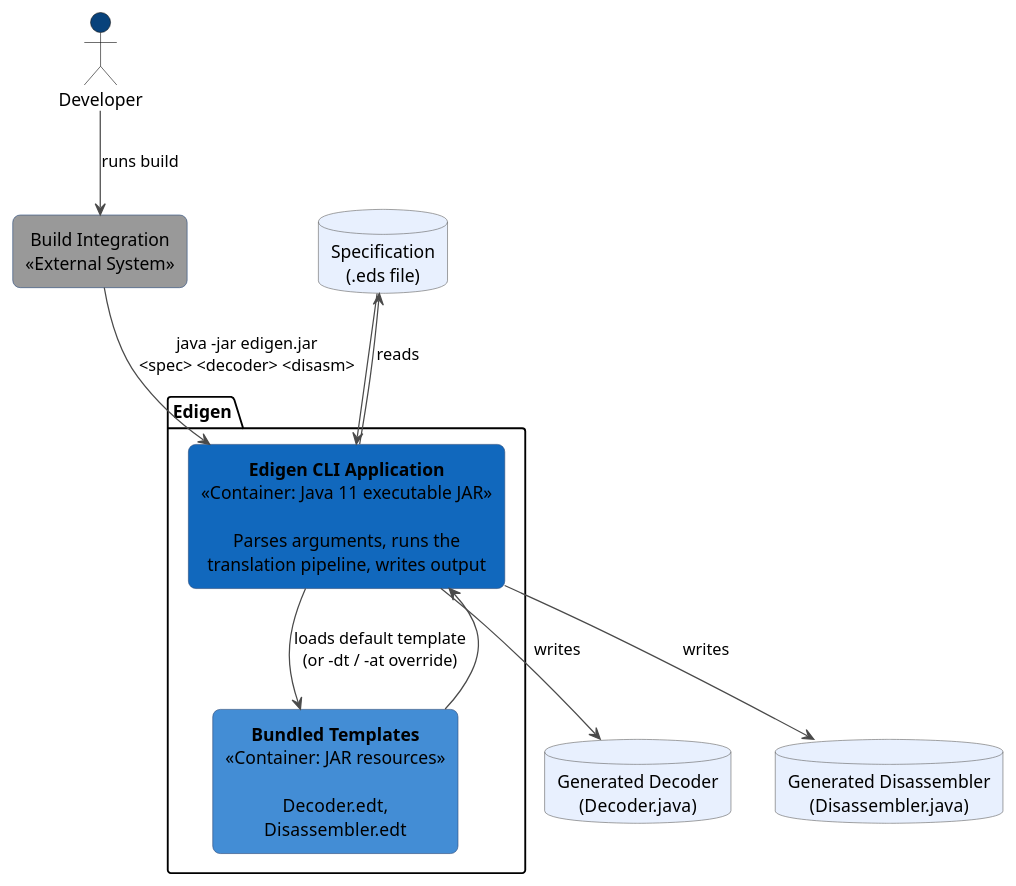
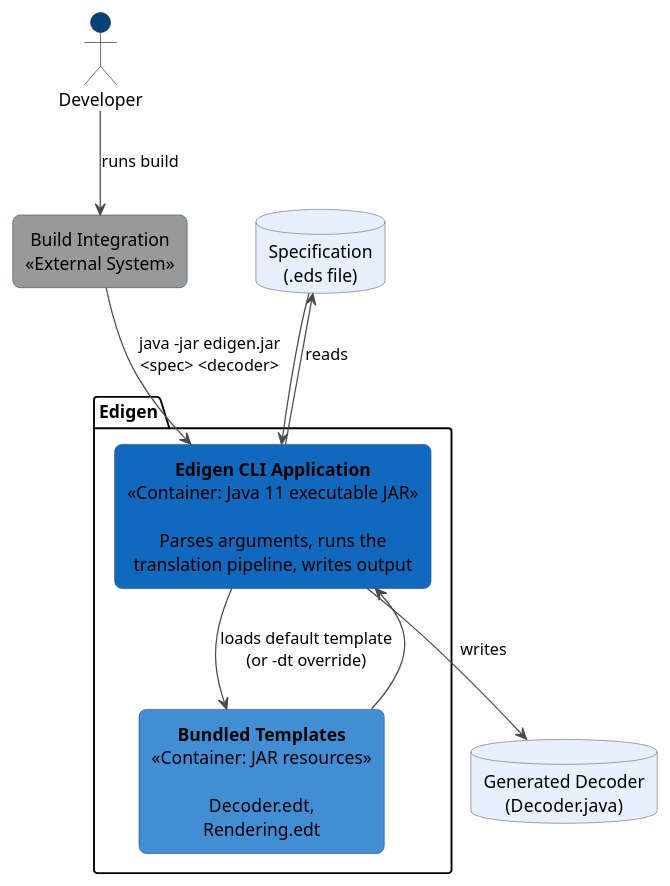
One commit to emustudio/edigen changed the diagram in docs/_c4-container.adoc. Above: the diagram before and after it, drawn with PlantUML. The commit also changed other lines of this file and 24 other files, not shown here.

```diff
--- a/docs/_c4-container.adoc
+++ b/docs/_c4-container.adoc
@@ -8,37 +8,35 @@
 [plantuml,c4-container,svg]
 ....
 @startuml
 skinparam defaultTextAlignment center
 skinparam shadowing false
 skinparam rectangle {
   roundCorner 12
   BorderColor #2E4E7E
 }
 skinparam database {
   BorderColor #6B6B6B
 }
 skinparam ArrowColor #4A4A4A
 
 actor "Developer" as dev #08427B
 rectangle "Build Integration\n<<External System>>" as build #999999
 
 package "Edigen" {
   rectangle "**Edigen CLI Application**\n<<Container: Java 11 executable JAR>>\n\nParses arguments, runs the\ntranslation pipeline, writes output" as app #1168BD
-  rectangle "**Bundled Templates**\n<<Container: JAR resources>>\n\nDecoder.edt,\nDisassembler.edt" as tpl #438DD5
+  rectangle "**Bundled Templates**\n<<Container: JAR resources>>\n\nDecoder.edt,\nRendering.edt" as tpl #438DD5
 }
 
 database "Specification\n(.eds file)" as eds #E8F0FE
 database "Generated Decoder\n(Decoder.java)" as dec #E8F0FE
-database "Generated Disassembler\n(Disassembler.java)" as dis #E8F0FE
 
 dev --> build : runs build
-build --> app : java -jar edigen.jar\n<spec> <decoder> <disasm>
+build --> app : java -jar edigen.jar\n<spec> <decoder>
 app --> eds : reads
 eds --> app
-app --> tpl : loads default template\n(or -dt / -at override)
+app --> tpl : loads default template\n(or -dt override)
 tpl --> app
 app --> dec : writes
-app --> dis : writes
 
 @enduml
 ....
```
